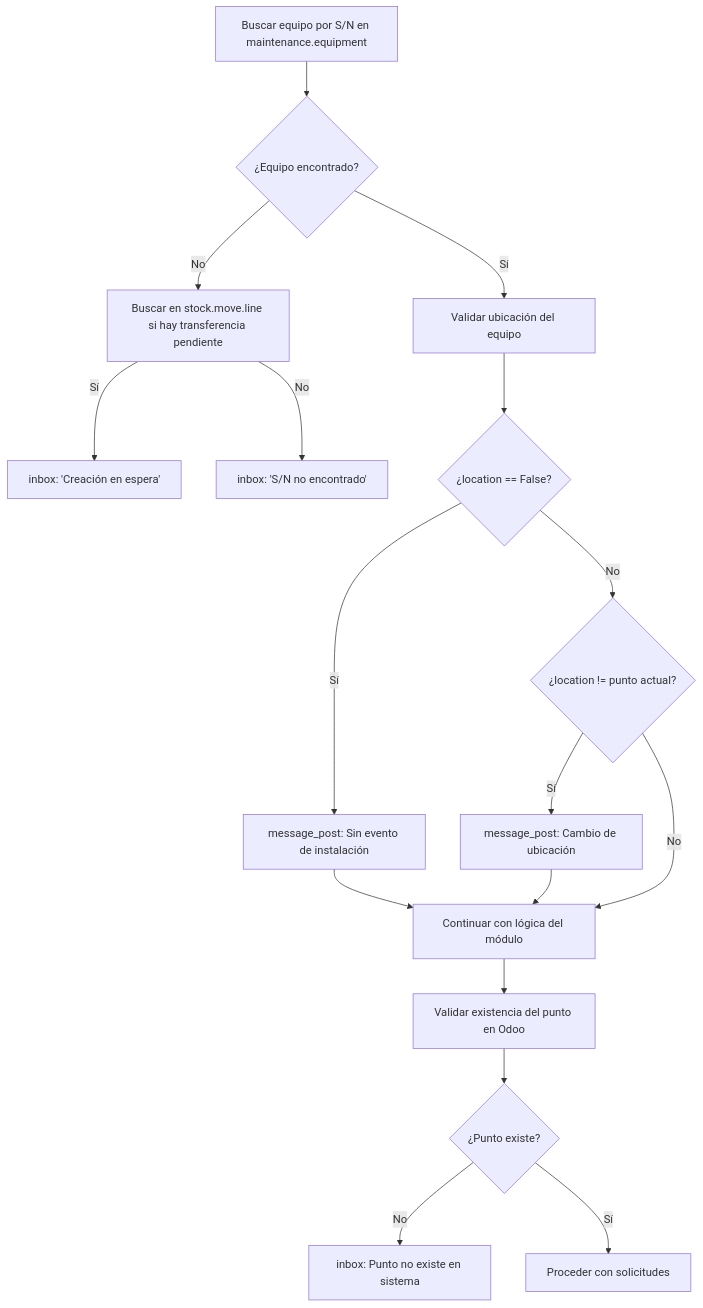
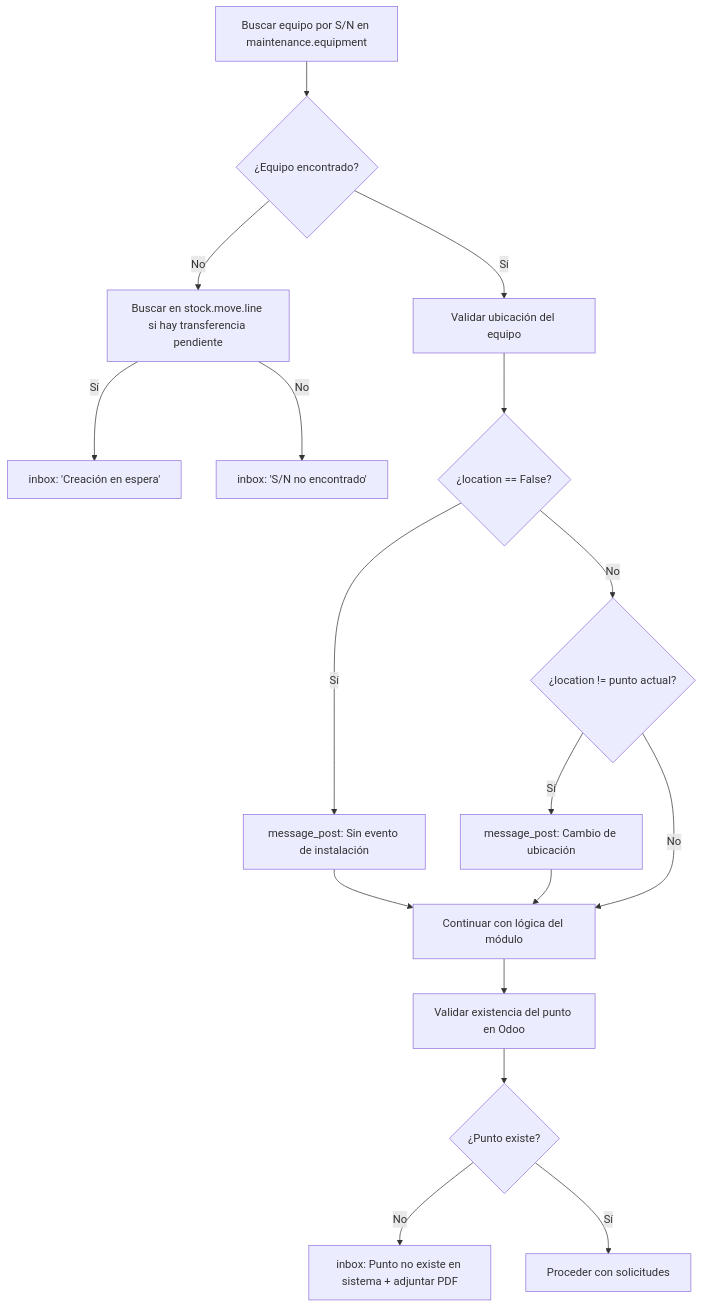
The fourth of 11 diagrams in pipeline_registro_II/general_doc/processor_documentation.md (dcuerowe/odoo_con_mantenciones), drawn with Mermaid before and after one commit. The commit also changed other lines of this file and 2 other files, not shown here.

Commit message:
Se agrega la generación del informe para todos los casos de puntos no encontrados

````diff
--- a/pipeline_registro_II/general_doc/processor_documentation.md
+++ b/pipeline_registro_II/general_doc/processor_documentation.md
@@ -181,19 +181,19 @@
 ```mermaid
 flowchart TD
     A[Buscar equipo por S/N en maintenance.equipment] --> B{"¿Equipo encontrado?"}
     B -->|No| C[Buscar en stock.move.line si hay transferencia pendiente]
     C -->|Sí| D["inbox: 'Creación en espera'"]
     C -->|No| E["inbox: 'S/N no encontrado'"]
     B -->|Sí| F[Validar ubicación del equipo]
     F --> G{"¿location == False?"}
     G -->|Sí| H[message_post: Sin evento de instalación]
     G -->|No| I{"¿location != punto actual?"}
     I -->|Sí| J[message_post: Cambio de ubicación]
     I -->|No| K[Continuar con lógica del módulo]
     H --> K
     J --> K
     K --> L[Validar existencia del punto en Odoo]
     L --> M{"¿Punto existe?"}
-    M -->|No| N[inbox: Punto no existe en sistema]
+    M -->|No| N[inbox: Punto no existe en sistema + adjuntar PDF]
     M -->|Sí| O[Proceder con solicitudes]
 ```
````
